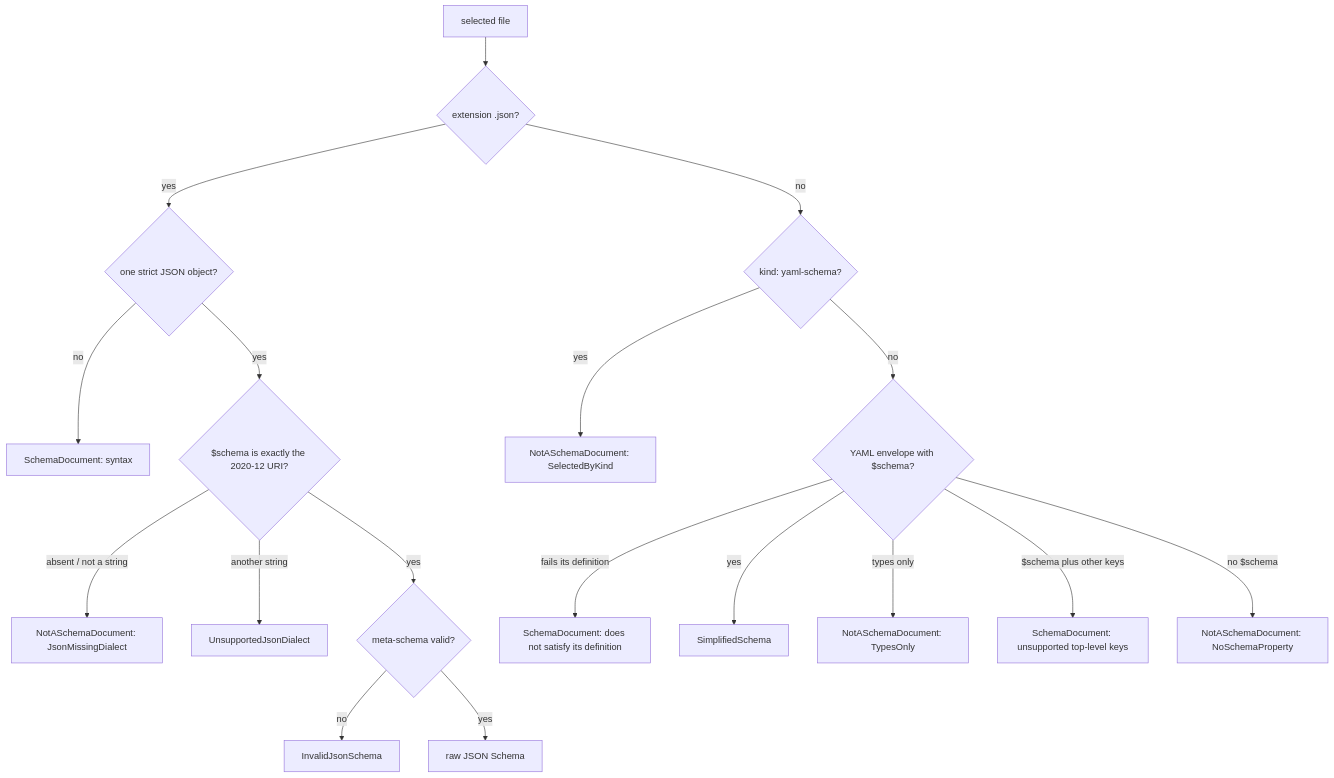
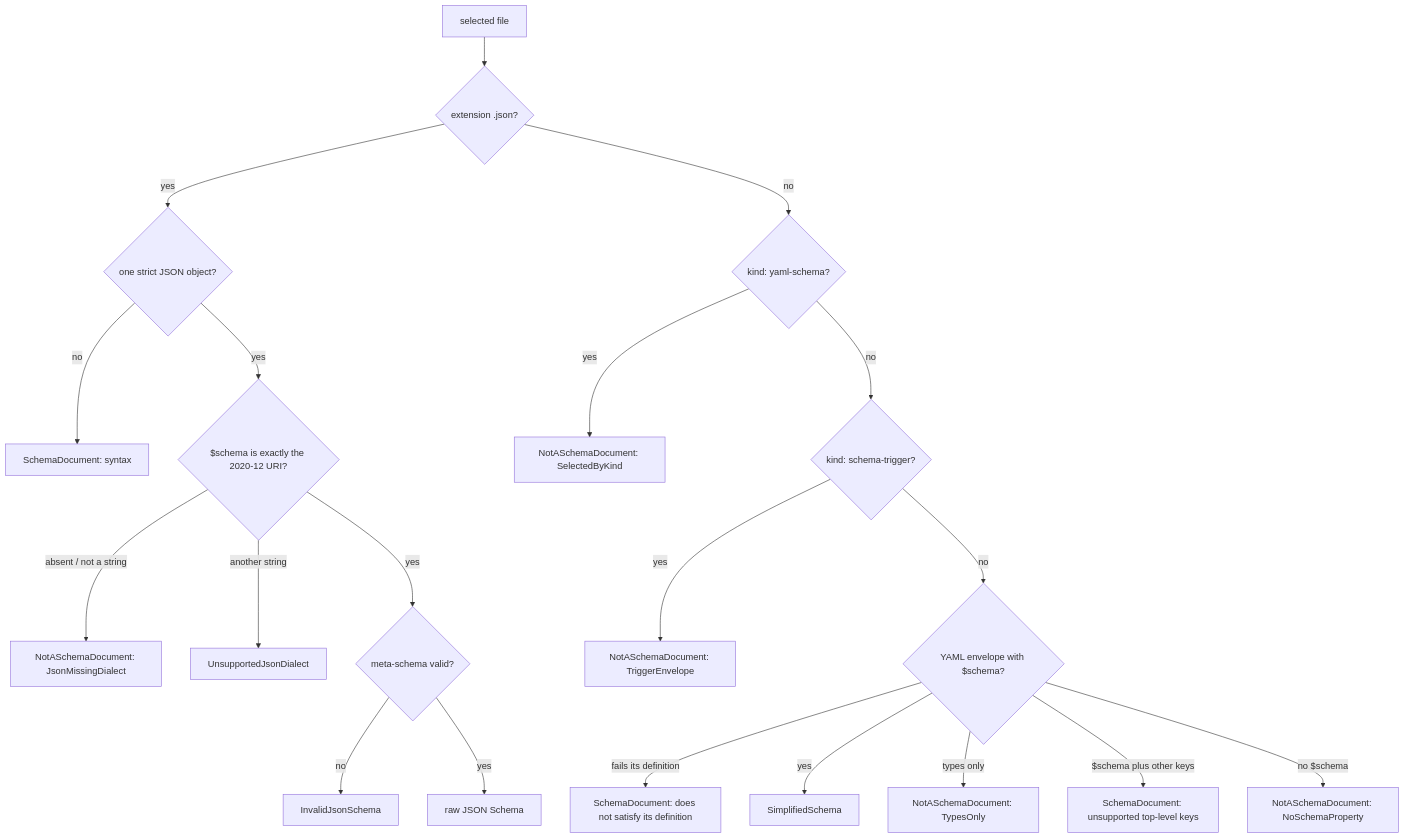
The second of 3 diagrams in simplified-schema/docs/topics/language/schema-documents.md (yankeeinlondon/rusty-biscuit), drawn with Mermaid before and after one commit. The commit also changed other lines of this file and 74 other files, not shown here.

First line of the commit message:
fix(darkmatter): preserve schema declaration semantics across host registration

````diff
--- a/simplified-schema/docs/topics/language/schema-documents.md
+++ b/simplified-schema/docs/topics/language/schema-documents.md
@@ -73,20 +73,22 @@
 ```mermaid
 flowchart TD
     F[selected file] --> X{extension .json?}
     X -->|yes| J{one strict JSON object?}
     J -->|no| SD[SchemaDocument: syntax]
     J -->|yes| D{"$schema is exactly the 2020-12 URI?"}
     D -->|absent / not a string| NM[NotASchemaDocument: JsonMissingDialect]
     D -->|another string| UD[UnsupportedJsonDialect]
     D -->|yes| M{meta-schema valid?}
     M -->|no| IJ[InvalidJsonSchema]
     M -->|yes| OKJ[raw JSON Schema]
     X -->|no| K{kind: yaml-schema?}
     K -->|yes| SK[NotASchemaDocument: SelectedByKind]
-    K -->|no| Y{YAML envelope with $schema?}
+    K -->|no| T{kind: schema-trigger?}
+    T -->|yes| TE[NotASchemaDocument: TriggerEnvelope]
+    T -->|no| Y{YAML envelope with $schema?}
     Y -->|fails its definition| AD[SchemaDocument: does not satisfy its definition]
     Y -->|yes| OKY[SimplifiedSchema]
     Y -->|types only| TO[NotASchemaDocument: TypesOnly]
     Y -->|$schema plus other keys| UK[SchemaDocument: unsupported top-level keys]
     Y -->|no $schema| NS[NotASchemaDocument: NoSchemaProperty]
 ```
````
